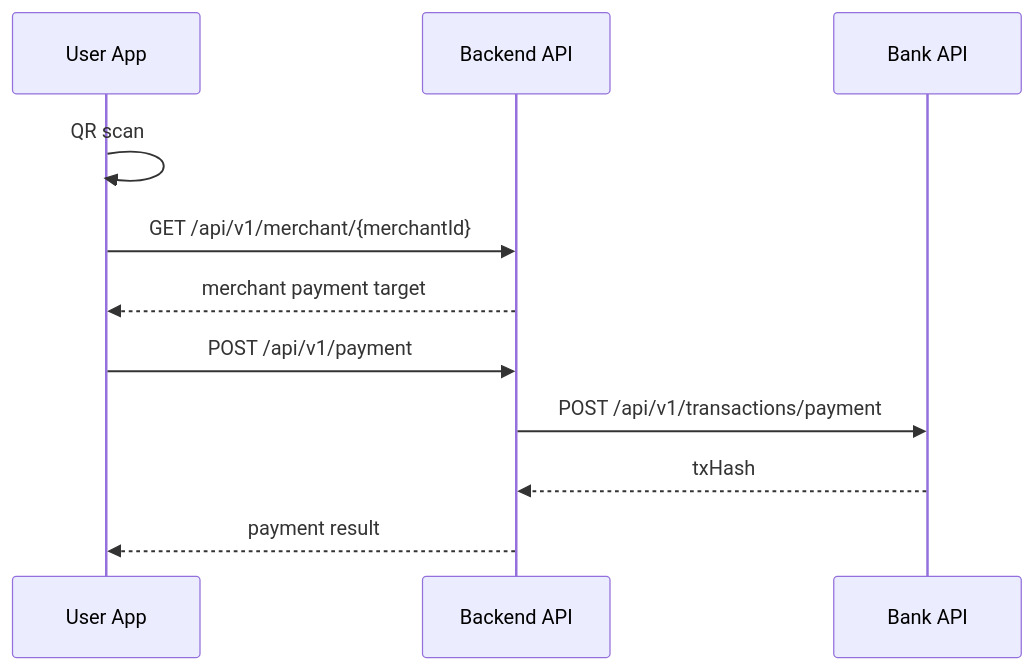
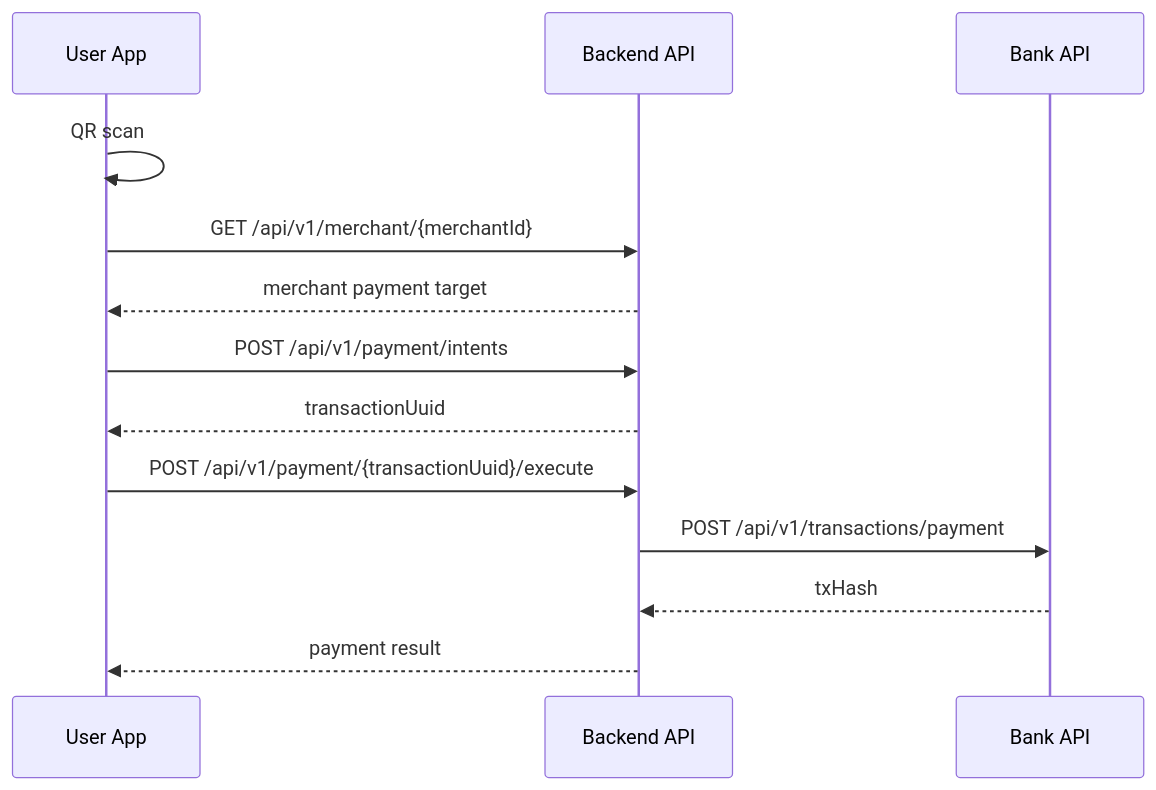
The diagram in hangang-pay-be/docs/rest_api.md (Fisa-Family/hangang-pay), drawn with Mermaid before and after one commit. The commit also changed other lines of this file and 7 other files, not shown here.

````diff
--- a/hangang-pay-be/docs/rest_api.md
+++ b/hangang-pay-be/docs/rest_api.md
@@ -151,14 +153,16 @@
 ```mermaid
 sequenceDiagram
   participant U as User App
   participant API as Backend API
   participant Bank as Bank API
 
   U->>U: QR scan
   U->>API: GET /api/v1/merchant/{merchantId}
   API-->>U: merchant payment target
-  U->>API: POST /api/v1/payment
+  U->>API: POST /api/v1/payment/intents
+  API-->>U: transactionUuid
+  U->>API: POST /api/v1/payment/{transactionUuid}/execute
   API->>Bank: POST /api/v1/transactions/payment
   Bank-->>API: txHash
   API-->>U: payment result
 ```
````
